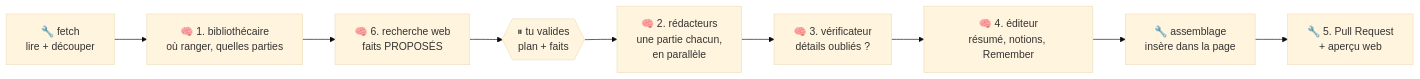
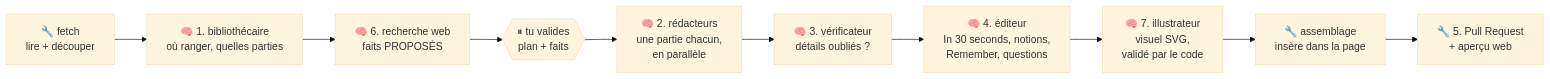
One commit to SalouaAifqui/carnet-ia changed the second of 3 diagrams in agent/README.md. Above: the diagram before and after it, drawn with Mermaid (base theme). The commit also changed other lines of this file and 10 other files, not shown here.

````diff
--- a/agent/README.md
+++ b/agent/README.md
@@ -36,11 +36,12 @@
 ```mermaid
 flowchart LR
     F["🔧 fetch<br/>lire + découper"] --> L["🧠 1. bibliothécaire<br/>où ranger, quelles parties"]
     L --> R["🧠 6. recherche web<br/>faits PROPOSÉS"]
     R --> H{{"⏸ tu valides<br/>plan + faits"}}
     H --> W["🧠 2. rédacteurs<br/>une partie chacun,<br/>en parallèle"]
     W --> C["🧠 3. vérificateur<br/>détails oubliés ?"]
-    C --> E["🧠 4. éditeur<br/>résumé, notions, Remember"]
-    E --> M["🔧 assemblage<br/>insère dans la page"]
+    C --> E["🧠 4. éditeur<br/>In 30 seconds, notions,<br/>Remember, questions"]
+    E --> I["🧠 7. illustrateur<br/>visuel SVG,<br/>validé par le code"]
+    I --> M["🔧 assemblage<br/>insère dans la page"]
     M --> P["🔧 5. Pull Request<br/>+ aperçu web"]
 ```
````
